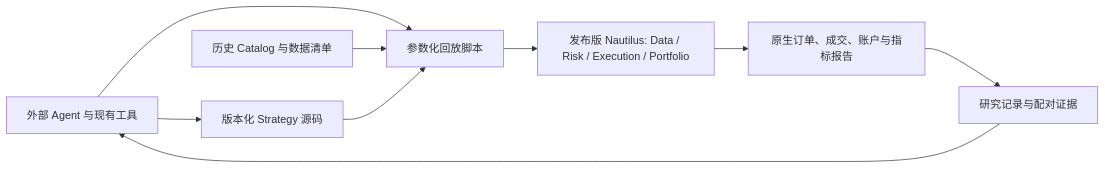
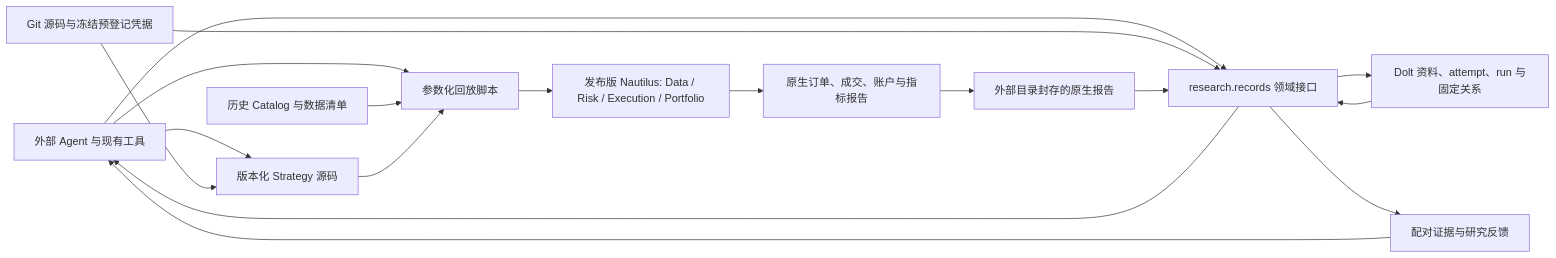
One commit to qOeOp/trade changed the diagram in docs/architecture.zh.md. Above: the diagram before and after it, drawn with Mermaid. The commit also changed other lines of this file and 47 other files, not shown here.

Commit message:
feat(records): migrate research metadata and materials to Dolt

````diff
--- a/docs/architecture.zh.md
+++ b/docs/architecture.zh.md
@@ -7,11 +7,19 @@
 ```mermaid
 flowchart LR
   A[外部 Agent 与现有工具] --> S[版本化 Strategy 源码]
+  A --> Q[research.records 领域接口]
+  Q --> L[Dolt 资料、attempt、run 与固定关系]
+  L --> Q
+  Q --> A
+  G[Git 源码与冻结预登记凭据] --> S
+  G --> Q
   A --> R[参数化回放脚本]
   D[历史 Catalog 与数据清单] --> R
   S --> R
   R --> N[发布版 Nautilus: Data / Risk / Execution / Portfolio]
   N --> E[原生订单、成交、账户与指标报告]
-  E --> F[研究记录与配对证据]
+  E --> C[外部目录封存的原生报告]
+  C --> Q
+  Q --> F[配对证据与研究反馈]
   F --> A
 ```
````
